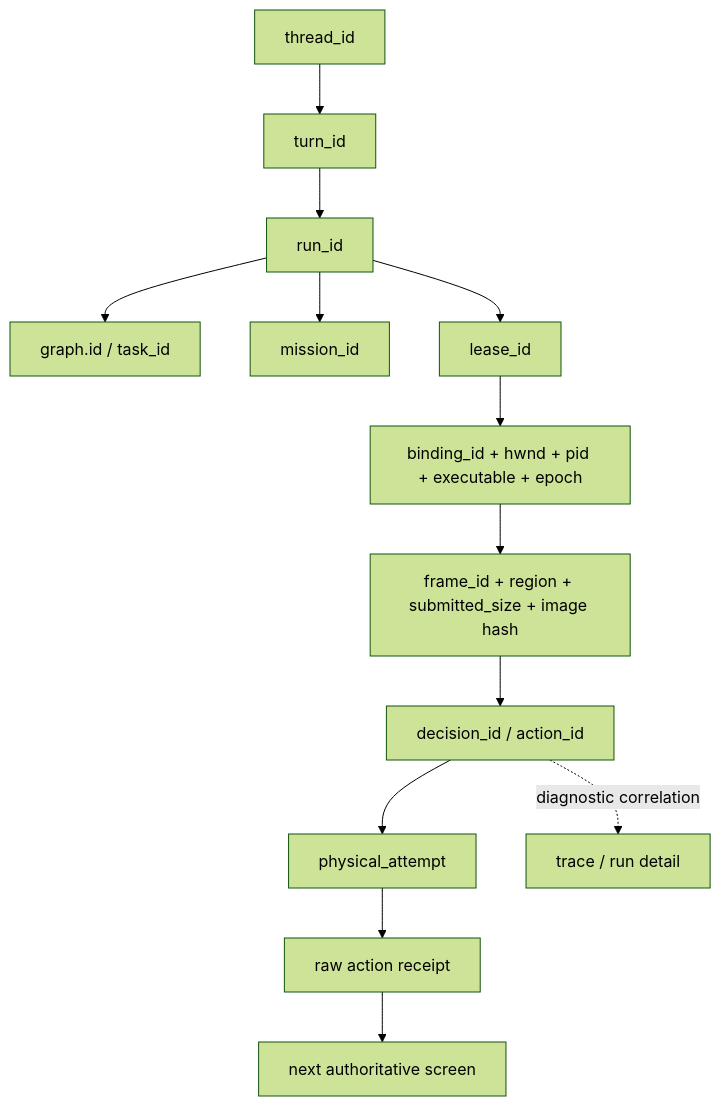
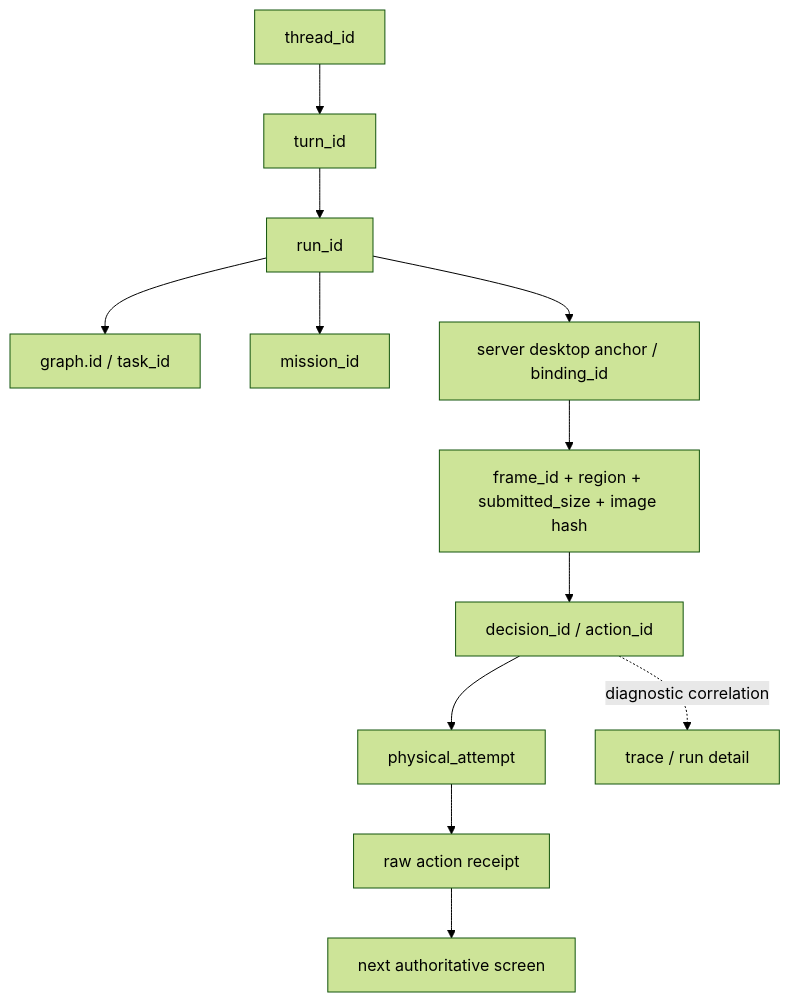
The diagram in docs/project-guide/03-contracts-and-interfaces.md (zoujiapeng/lingdong-script), drawn with Mermaid (forest theme) before and after one commit. The commit also changed other lines of this file and 58 other files, not shown here.

````diff
--- a/docs/project-guide/03-contracts-and-interfaces.md
+++ b/docs/project-guide/03-contracts-and-interfaces.md
@@ -29,15 +28,14 @@
 ```mermaid
 flowchart TD
   Thread["thread_id"] --> Turn["turn_id"]
   Turn --> Run["run_id"]
   Run --> Graph["graph.id / task_id"]
   Run --> Mission["mission_id"]
-  Run --> Lease["lease_id"]
-  Lease --> Target["binding_id + hwnd + pid + executable + epoch"]
+  Run --> Target["server desktop anchor / binding_id"]
   Target --> Frame["frame_id + region + submitted_size + image hash"]
   Frame --> Decision["decision_id / action_id"]
   Decision --> Attempt["physical_attempt"]
   Attempt --> Receipt["raw action receipt"]
   Receipt --> PostFrame["next authoritative screen"]
   Decision -. "diagnostic correlation" .-> Trace["trace / run detail"]
 ```
````
